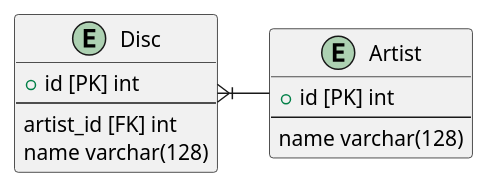
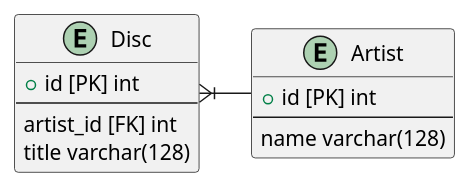
The diagram in spike/docs/erd.pu (yuya-okada527/treasure-box), drawn with PlantUML before and after one commit. The commit also changed 3 other files, not shown here.

```diff
--- a/spike/docs/erd.pu
+++ b/spike/docs/erd.pu
@@ -1,17 +1,17 @@
 @startuml erd
 entity Disc {
   + id [PK] int
   --
   artist_id [FK] int
-  name varchar(128)
+  title varchar(128)
 }
 
 
 entity Artist {
   + id [PK] int
   --
   name varchar(128)
 }
 
 Disc }|- Artist
 @enduml
```
